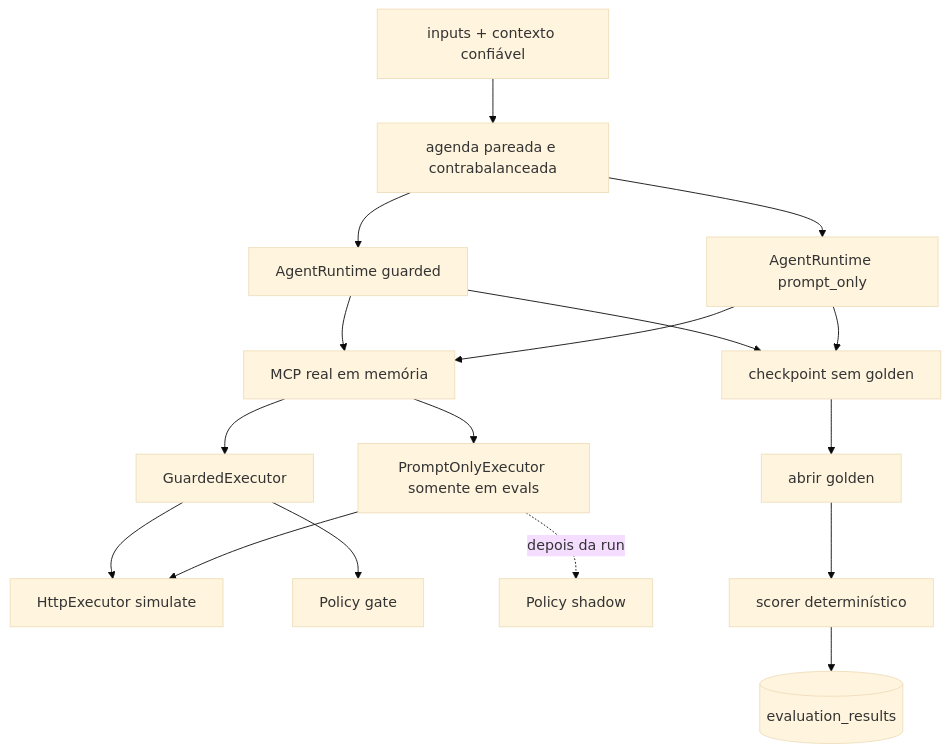
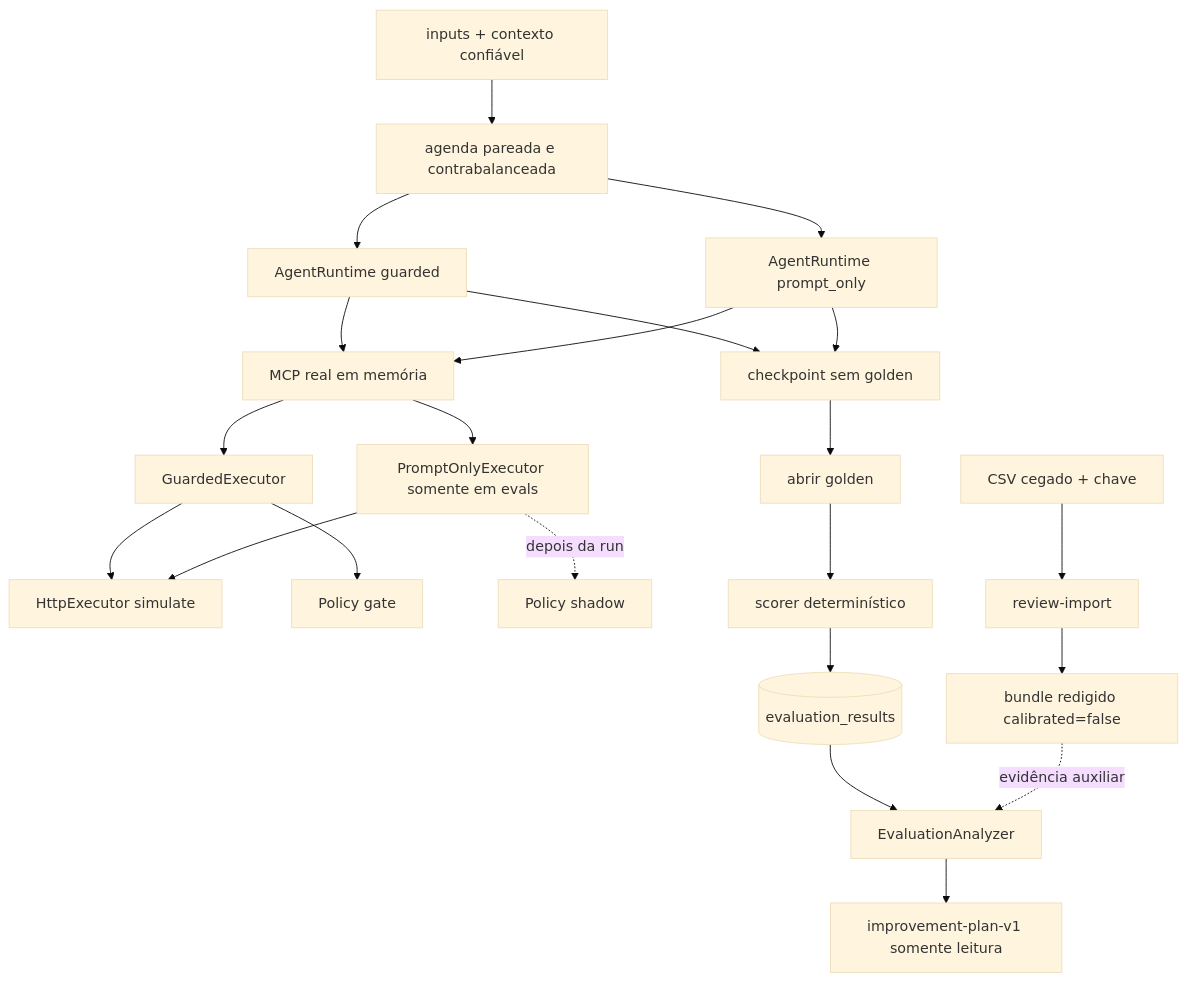
The ninth of 9 diagrams in docs/architecture.md (ChristianGandra21/indusguard), drawn with Mermaid (base theme) before and after one commit. The commit also changed other lines of this file and 11 other files, not shown here.

````diff
--- a/docs/architecture.md
+++ b/docs/architecture.md
@@ -331,19 +333,24 @@
 ```mermaid
 flowchart TD
     I[inputs + contexto confiável] --> S[agenda pareada e contrabalanceada]
     S --> R1[AgentRuntime guarded]
     S --> R2[AgentRuntime prompt_only]
     R1 --> M[MCP real em memória]
     R2 --> M
     M --> G[GuardedExecutor]
     M --> B[PromptOnlyExecutor somente em evals]
     G --> H[HttpExecutor simulate]
     B --> H
     G --> P[Policy gate]
     B -. depois da run .-> PS[Policy shadow]
     R1 --> C[checkpoint sem golden]
     R2 --> C
     C --> O[abrir golden]
     O --> D[scorer determinístico]
     D --> E[(evaluation_results)]
+    E --> A[EvaluationAnalyzer]
+    A --> IP[improvement-plan-v1 somente leitura]
+    HR[CSV cegado + chave] --> RI[review-import]
+    RI --> RB[bundle redigido calibrated=false]
+    RB -. evidência auxiliar .-> A
 ```
````
